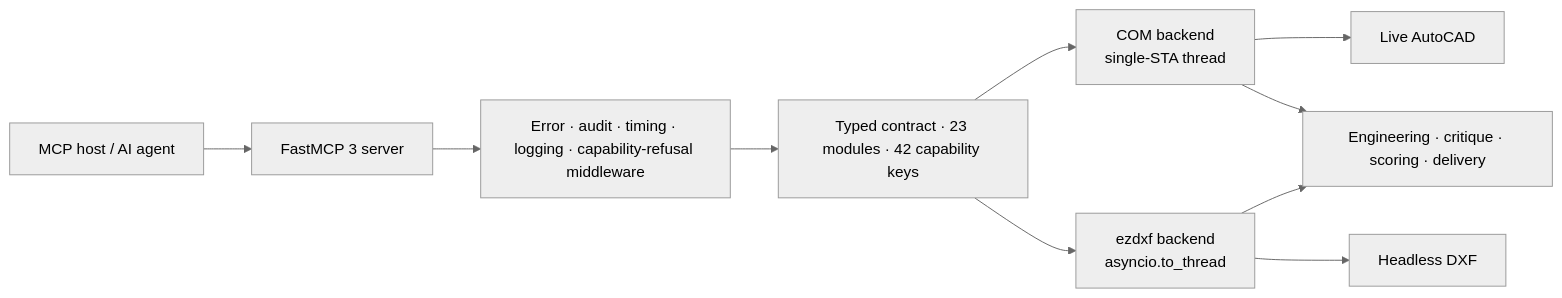
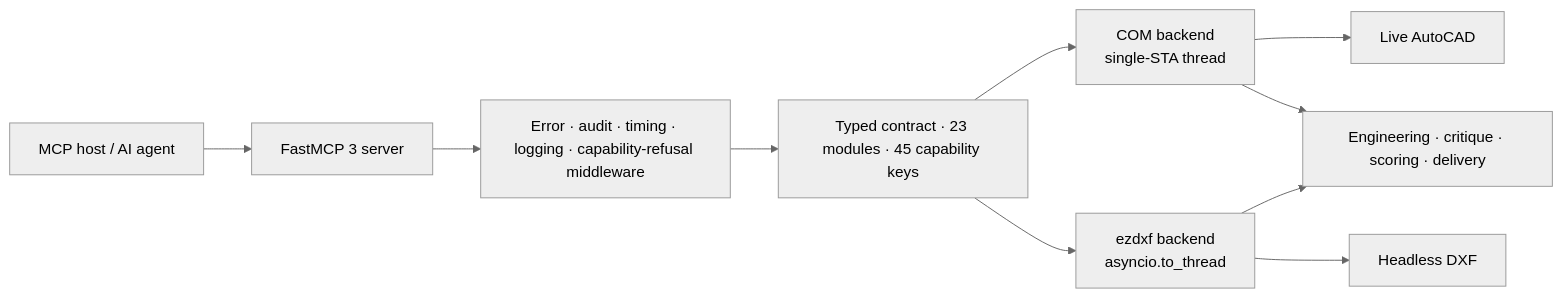
Before and after one commit to U-C4N/Autocad-MCP: the diagram in README.md, drawn with Mermaid (neutral theme). The commit also changed other lines of this file and 4 other files, not shown here.

````diff
--- a/README.md
+++ b/README.md
@@ -541,12 +572,12 @@
 ```mermaid
 flowchart LR
   A[MCP host / AI agent] --> B[FastMCP 3 server]
   B --> C[Error · audit · timing · logging · capability-refusal middleware]
-  C --> D[Typed contract · 23 modules · 42 capability keys]
+  C --> D[Typed contract · 23 modules · 45 capability keys]
   D --> E[COM backend<br/>single-STA thread]
   D --> F[ezdxf backend<br/>asyncio.to_thread]
   E --> G[Live AutoCAD]
   F --> H[Headless DXF]
   E --> I[Engineering · critique · scoring · delivery]
   F --> I
 ```
````
